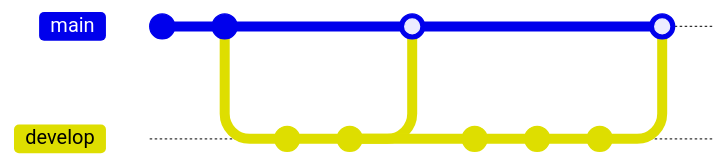
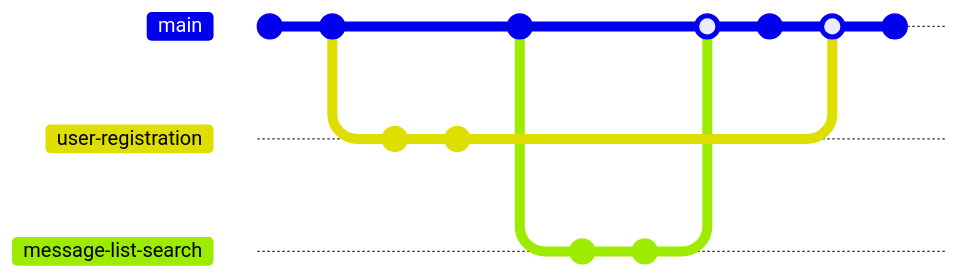
One commit to hh-ohjelmistoprojekti-2/hh-ohjelmistoprojekti-2.github.io changed the first of 2 diagrams in materiaali/sprint-1.md. Above: the diagram before and after it, drawn with Mermaid. The commit also changed other lines of this file, not shown here. Commit ids are hidden.

````diff
--- a/materiaali/sprint-1.md
+++ b/materiaali/sprint-1.md
@@ -33,17 +33,20 @@
 ```mermaid
 gitGraph
    commit
    commit
-   branch develop
-   checkout develop
+   branch user-registration
+   checkout user-registration
    commit
    commit
    checkout main
-   merge develop
-   checkout develop
    commit
+   branch message-list-search
+   checkout message-list-search
    commit
    commit
    checkout main
-   merge develop
+   merge message-list-search
+   commit
+   merge user-registration
+   commit
 ```
````
